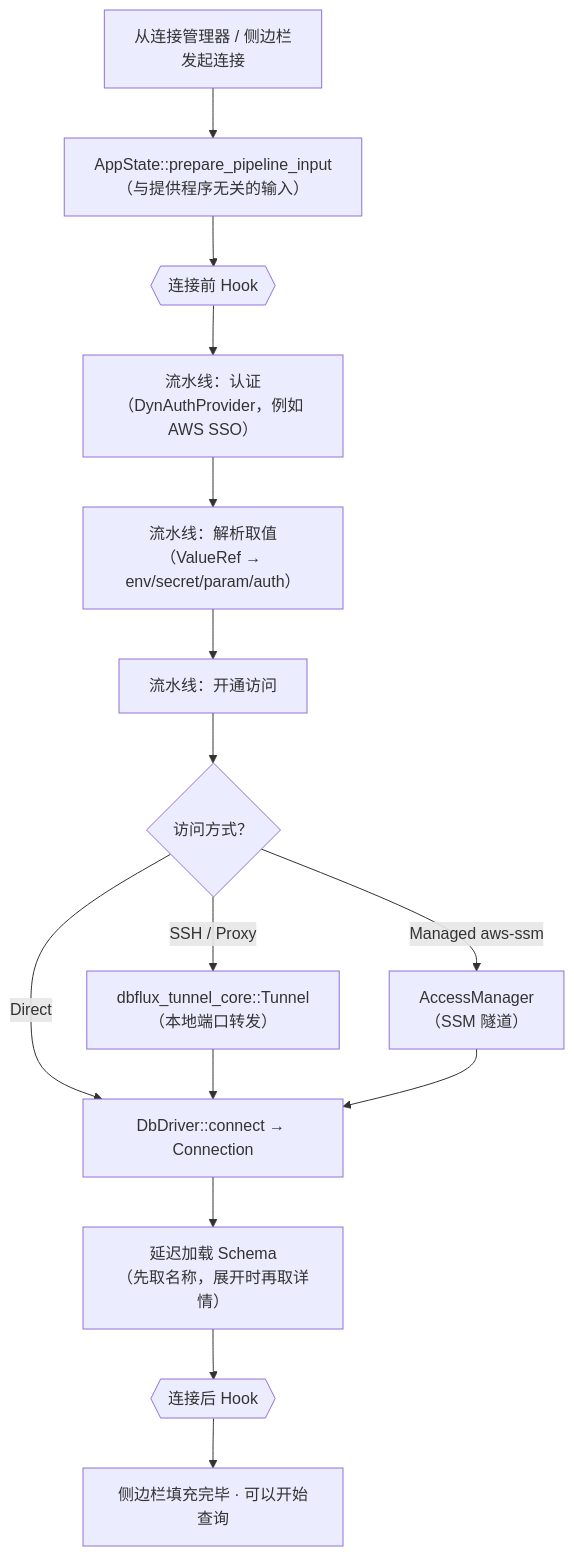
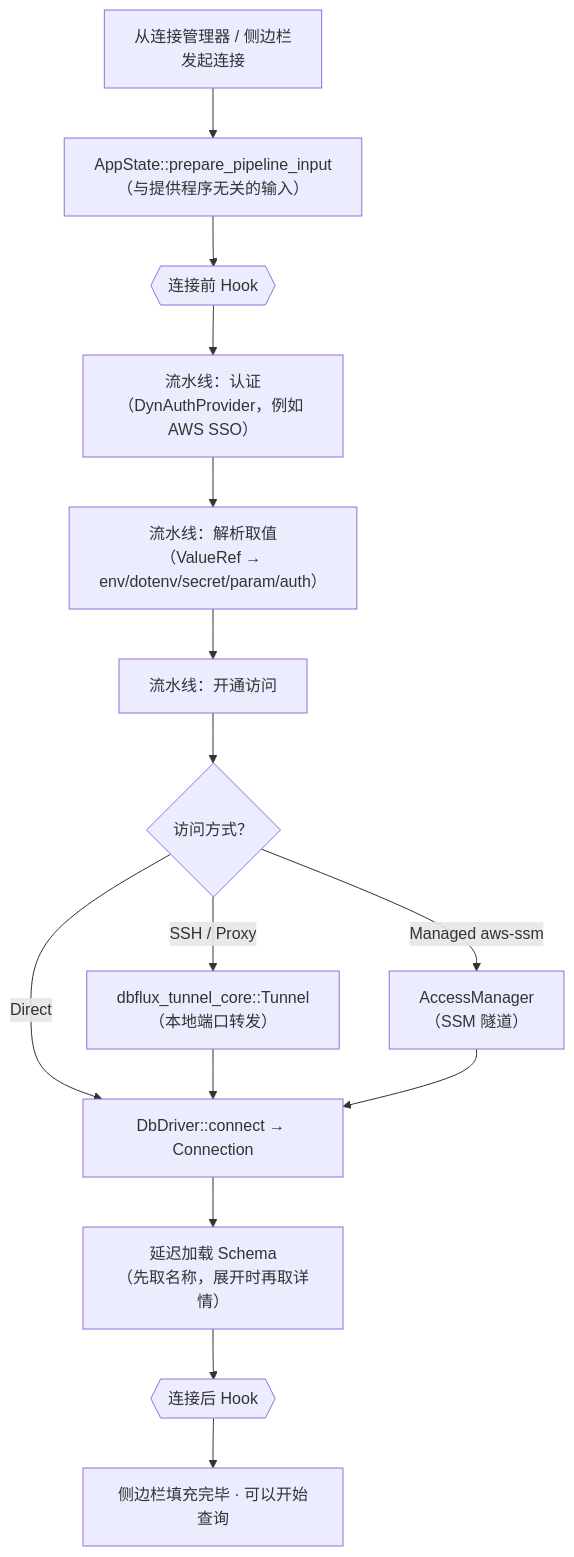
The third of 3 diagrams in docs/zh_Hans/ARCHITECTURE.md (0xErwin1/dbflux), drawn with Mermaid before and after one commit. The commit also changed 25 other files, not shown here.

First line of the commit message:
feat: environment variable and dotenv secret sources (#1185)

````diff
--- a/docs/zh_Hans/ARCHITECTURE.md
+++ b/docs/zh_Hans/ARCHITECTURE.md
@@ -96,15 +96,15 @@
 ```mermaid
 flowchart TB
     start["从连接管理器 / 侧边栏<br/>发起连接"] --> prep["AppState::prepare_pipeline_input<br/>（与提供程序无关的输入）"]
     prep --> pre{{"连接前 Hook"}}
     pre --> auth["流水线：认证<br/>（DynAuthProvider，例如 AWS SSO）"]
-    auth --> values["流水线：解析取值<br/>（ValueRef → env/secret/param/auth）"]
+    auth --> values["流水线：解析取值<br/>（ValueRef → env/dotenv/secret/param/auth）"]
     values --> access["流水线：开通访问"]
     access --> tunnel{"访问方式？"}
     tunnel -->|Direct| connect
     tunnel -->|SSH / Proxy| t1["dbflux_tunnel_core::Tunnel<br/>（本地端口转发）"] --> connect
     tunnel -->|Managed aws-ssm| t2["AccessManager<br/>（SSM 隧道）"] --> connect
     connect["DbDriver::connect → Connection"] --> schema["延迟加载 Schema<br/>（先取名称，展开时再取详情）"]
     schema --> post{{"连接后 Hook"}}
     post --> ready["侧边栏填充完毕 · 可以开始查询"]
 ```
````
